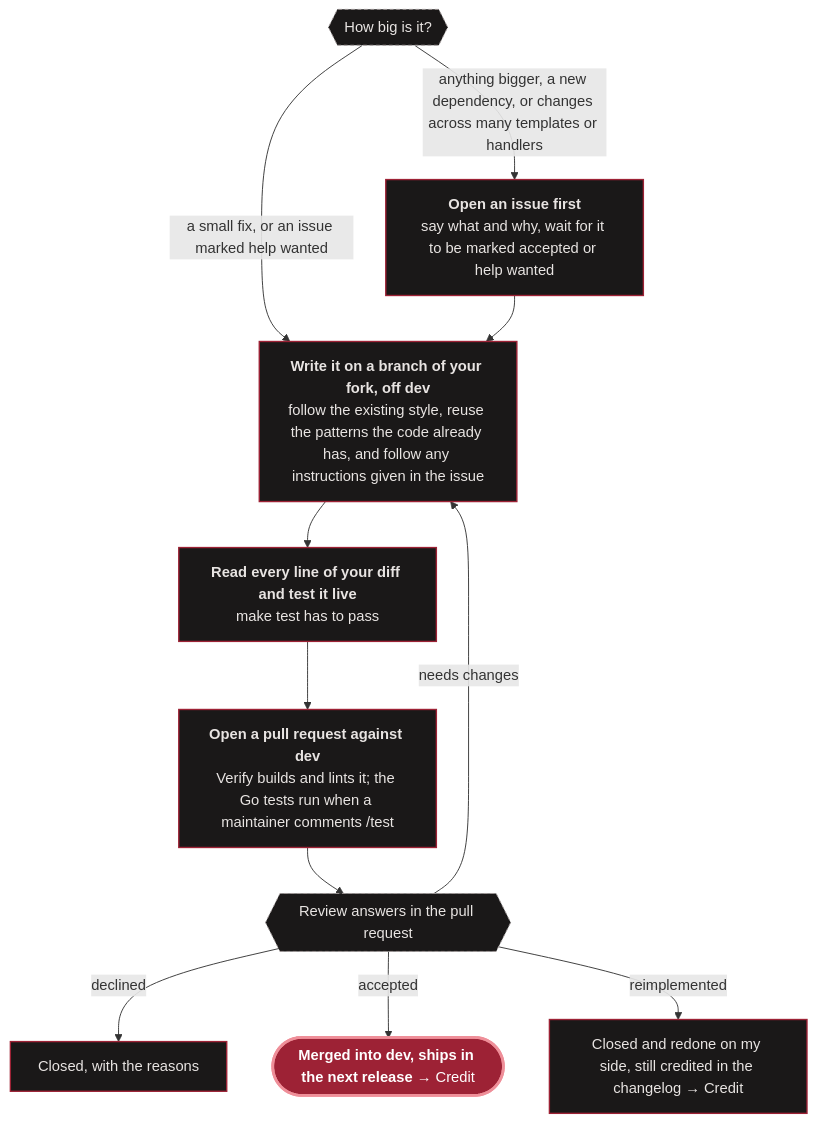
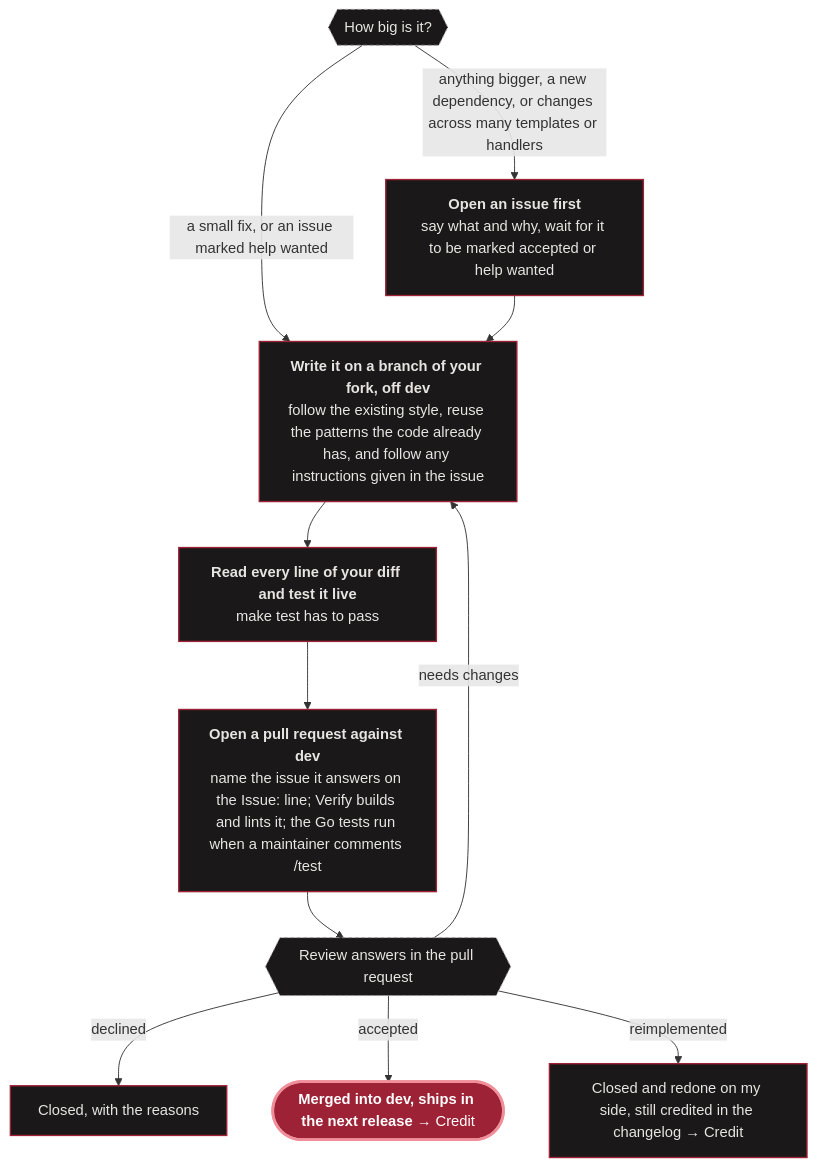
One commit to monbooru/monbooru changed the fourth of 8 diagrams in CONTRIBUTING.md. Above: the diagram before and after it, drawn with Mermaid. The commit also changed other lines of this file, not shown here.

````diff
--- a/CONTRIBUTING.md
+++ b/CONTRIBUTING.md
@@ -130,34 +130,34 @@
 ```mermaid
 ---
 config:
   layout: dagre
   flowchart:
     wrappingWidth: 220
 ---
 flowchart TD
     size{{"How big is it?"}}
     size -->|"a small fix, or an issue marked help wanted"| branch
     size -->|"anything bigger, a new dependency, or changes across many templates or handlers"| ask["`**Open an issue first**
     say what and why, wait for it to be marked accepted or help wanted`"]
     ask --> branch["`**Write it on a branch of your fork, off dev**
     follow the existing style, reuse the patterns the code already has, and follow any instructions given in the issue`"]
     branch --> self["`**Read every line of your diff and test it live**
     make test has to pass`"]
     self --> pr["`**Open a pull request against dev**
-    Verify builds and lints it; the Go tests run when a maintainer comments /test`"]
+    name the issue it answers on the Issue: line; Verify builds and lints it; the Go tests run when a maintainer comments /test`"]
     pr --> review{{"Review answers in the pull request"}}
     review -->|"needs changes"| branch
     review -->|"declined"| declined["`Closed, with the reasons`"]
     review -->|"accepted"| ship(["`**Merged into dev, ships in the next release** → Credit`"])
     review -->|"reimplemented"| redone["`Closed and redone on my side, still credited in the changelog → Credit`"]
 
     class ship hub;
     class ask,branch,self,pr,declined,redone step;
     class size,review ask;
 
     classDef hub  fill:#9d2235,stroke:#ef8f99,stroke-width:3px,color:#ffffff;
     classDef case fill:#3a161c,stroke:#ef8f99,stroke-width:1.5px,color:#ffffff;
     classDef step fill:#1a1818,stroke:#9d2235,stroke-width:1.5px,color:#e8e4e2;
     classDef ask  fill:#1a1818,stroke:#a09898,stroke-width:1px,stroke-dasharray:4 3,color:#e8e4e2;
     classDef repo fill:#1a1818,stroke:#a09898,stroke-width:1px,color:#a09898;
 ```
````
